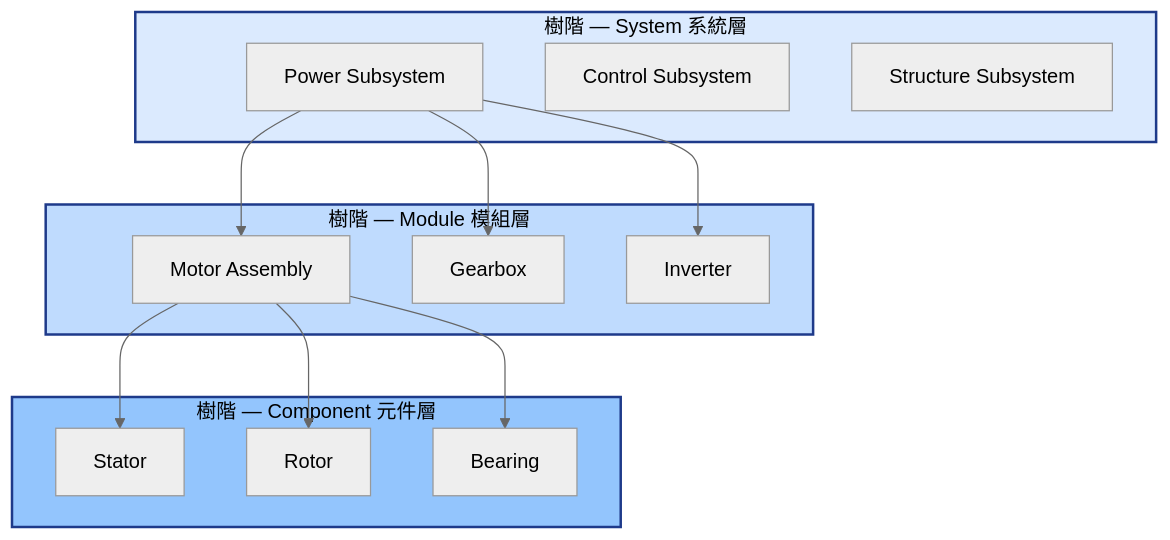
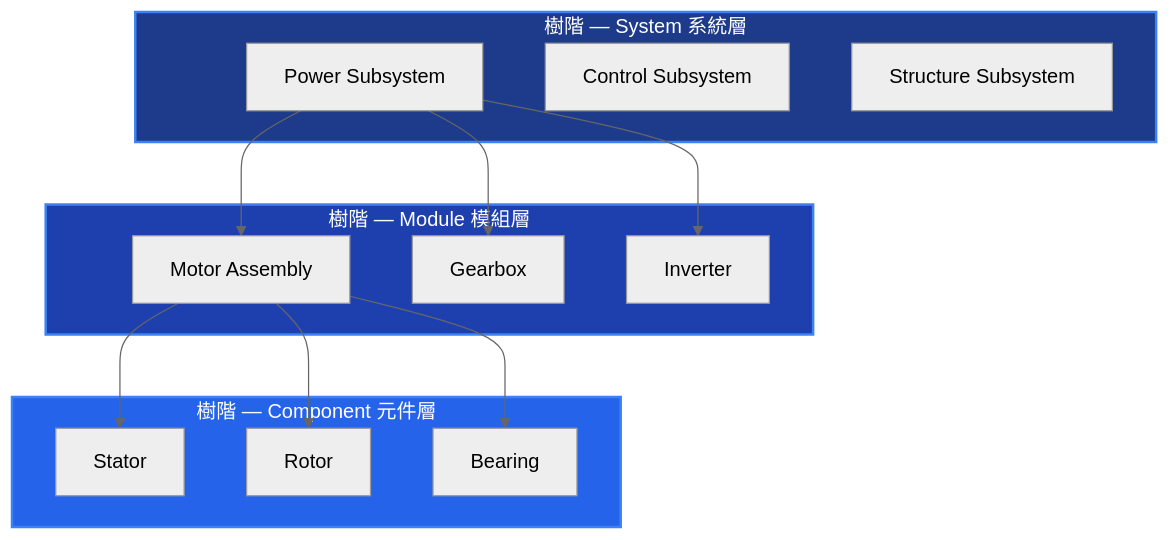
The sixth of 26 diagrams in docs/01-define/diagrams/appendix-a--forward-subsystem-discovery.md (Zenobia0000/RD_copilot_system), drawn with Mermaid before and after one commit. The commit also changed other lines of this file and 10 other files, not shown here.

First line of the commit message:
docs(diagrams): Gate 審計修復 + diagrams 缺失補齊 + Mermaid 暗色配色

````diff
--- a/docs/01-define/diagrams/appendix-a--forward-subsystem-discovery.md
+++ b/docs/01-define/diagrams/appendix-a--forward-subsystem-discovery.md
@@ -454,32 +454,32 @@
 ```mermaid
 %%{init: {'theme': 'neutral'}}%%
 graph TB
     subgraph TreeSys[樹階 — System 系統層]
         S1[Power Subsystem]
         S2[Control Subsystem]
         S3[Structure Subsystem]
     end
 
     subgraph TreeMod[樹階 — Module 模組層]
         M1[Motor Assembly]
         M2[Gearbox]
         M3[Inverter]
     end
 
     subgraph TreeComp[樹階 — Component 元件層]
         C1[Stator]
         C2[Rotor]
         C3[Bearing]
     end
 
     S1 --> M1
     S1 --> M2
     S1 --> M3
     M1 --> C1
     M1 --> C2
     M1 --> C3
 
-    style TreeSys fill:#dbeafe,stroke:#1e3a8a,stroke-width:2px,color:#000
-    style TreeMod fill:#bfdbfe,stroke:#1e3a8a,stroke-width:2px,color:#000
-    style TreeComp fill:#93c5fd,stroke:#1e3a8a,stroke-width:2px,color:#000
+    style TreeSys fill:#1E3A8A,color:#fff,stroke:#3B82F6,stroke-width:2px
+    style TreeMod fill:#1E40AF,color:#fff,stroke:#3B82F6,stroke-width:2px
+    style TreeComp fill:#2563EB,color:#fff,stroke:#3B82F6,stroke-width:2px
 ```
````
